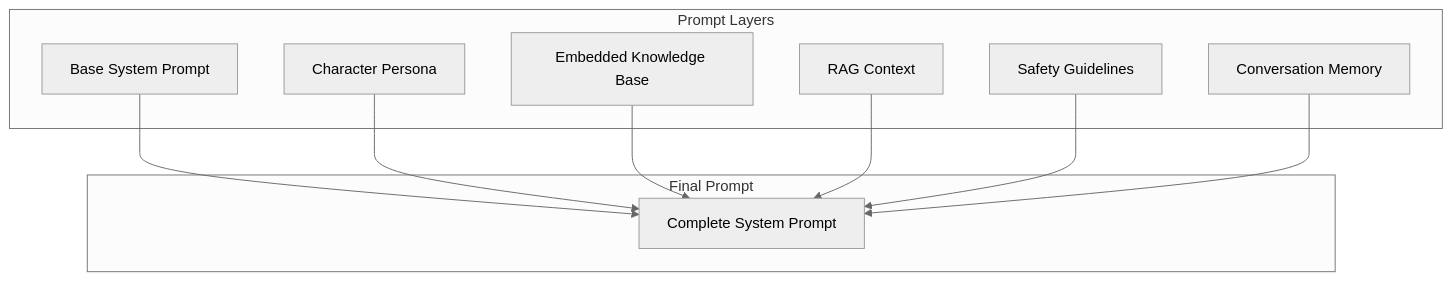
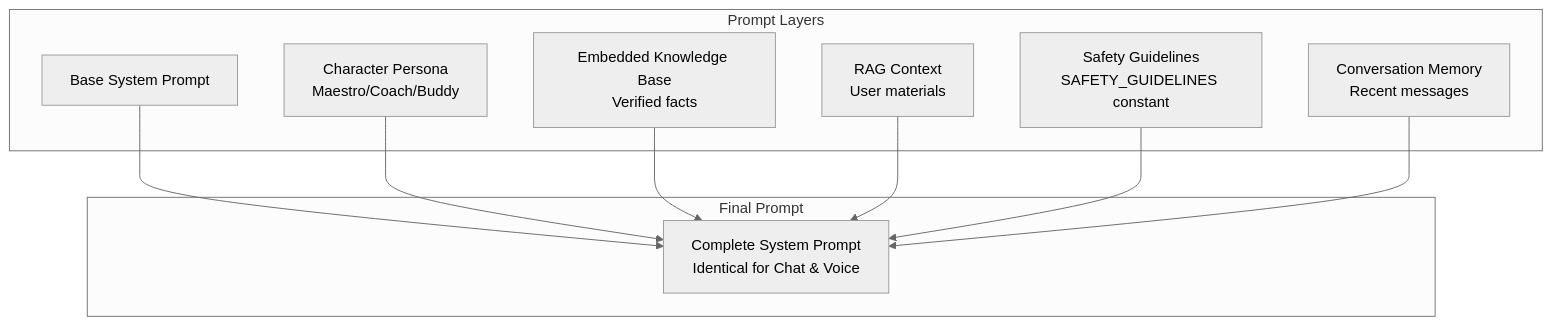
One commit to FightTheStroke/MirrorBuddy changed the tenth of 50 diagrams in ARCHITECTURE-DIAGRAMS.md. Above: the diagram before and after it, drawn with Mermaid (neutral theme). The commit also changed other lines of this file, not shown here.

First line of the commit message:
fix(docs): correct architecture diagrams for shared conversation engine

````diff
--- a/ARCHITECTURE-DIAGRAMS.md
+++ b/ARCHITECTURE-DIAGRAMS.md
@@ -357,22 +475,22 @@
 ```mermaid
 graph TB
     subgraph "Prompt Layers"
         Base[Base System Prompt]
-        Character[Character Persona]
-        Knowledge[Embedded Knowledge Base]
-        RAG[RAG Context]
-        Safety[Safety Guidelines]
-        Memory[Conversation Memory]
+        Character[Character Persona<br/>Maestro/Coach/Buddy]
+        Knowledge[Embedded Knowledge Base<br/>Verified facts]
+        RAG[RAG Context<br/>User materials]
+        Safety[Safety Guidelines<br/>SAFETY_GUIDELINES constant]
+        Memory[Conversation Memory<br/>Recent messages]
     end
 
     subgraph "Final Prompt"
-        Final[Complete System Prompt]
+        Final[Complete System Prompt<br/>Identical for Chat & Voice]
     end
 
     Base --> Final
     Character --> Final
     Knowledge --> Final
     RAG --> Final
     Safety --> Final
     Memory --> Final
 ```
````
